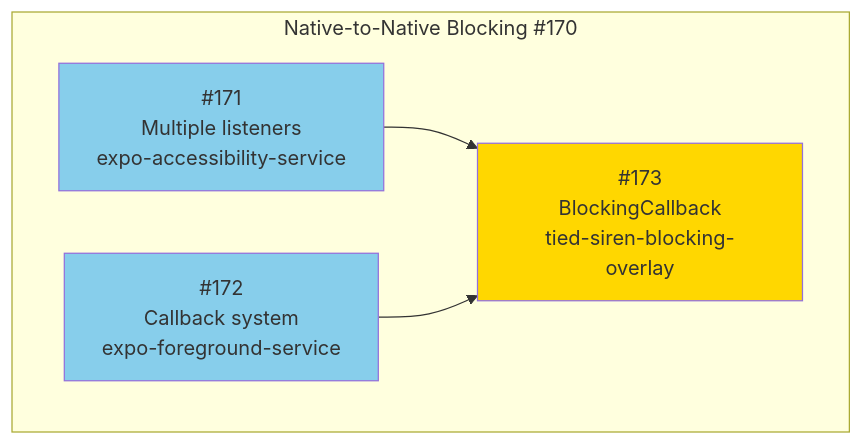
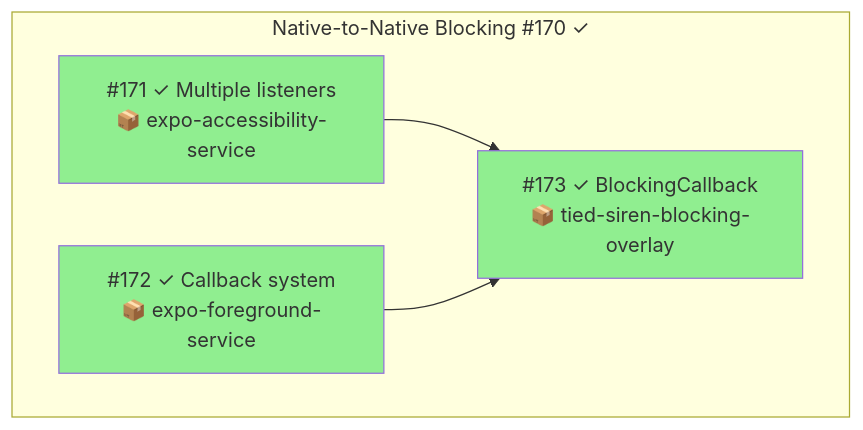
The second of 6 diagrams in docs/dependency-graph.md (amehmeto/TiedSiren51), drawn with Mermaid before and after one commit. The commit also changed other lines of this file, not shown here.

First line of the commit message:
docs: update dependency graph with repository info and progress

````diff
--- a/docs/dependency-graph.md
+++ b/docs/dependency-graph.md
@@ -34,15 +34,15 @@
 ```mermaid
 flowchart TD
-    subgraph NATIVE["Native-to-Native Blocking #170"]
-        I171["#171<br/>Multiple listeners<br/>expo-accessibility-service"]
-        I172["#172<br/>Callback system<br/>expo-foreground-service"]
-        I173["#173<br/>BlockingCallback<br/>tied-siren-blocking-overlay"]
+    subgraph NATIVE["Native-to-Native Blocking #170 ✓"]
+        I171["#171 ✓ Multiple listeners<br/>📦 expo-accessibility-service"]
+        I172["#172 ✓ Callback system<br/>📦 expo-foreground-service"]
+        I173["#173 ✓ BlockingCallback<br/>📦 tied-siren-blocking-overlay"]
     end
 
     I171 --> I173
     I172 --> I173
 
-    style I171 fill:#87CEEB
-    style I172 fill:#87CEEB
-    style I173 fill:#FFD700
+    style I171 fill:#90EE90
+    style I172 fill:#90EE90
+    style I173 fill:#90EE90
 ```
````
